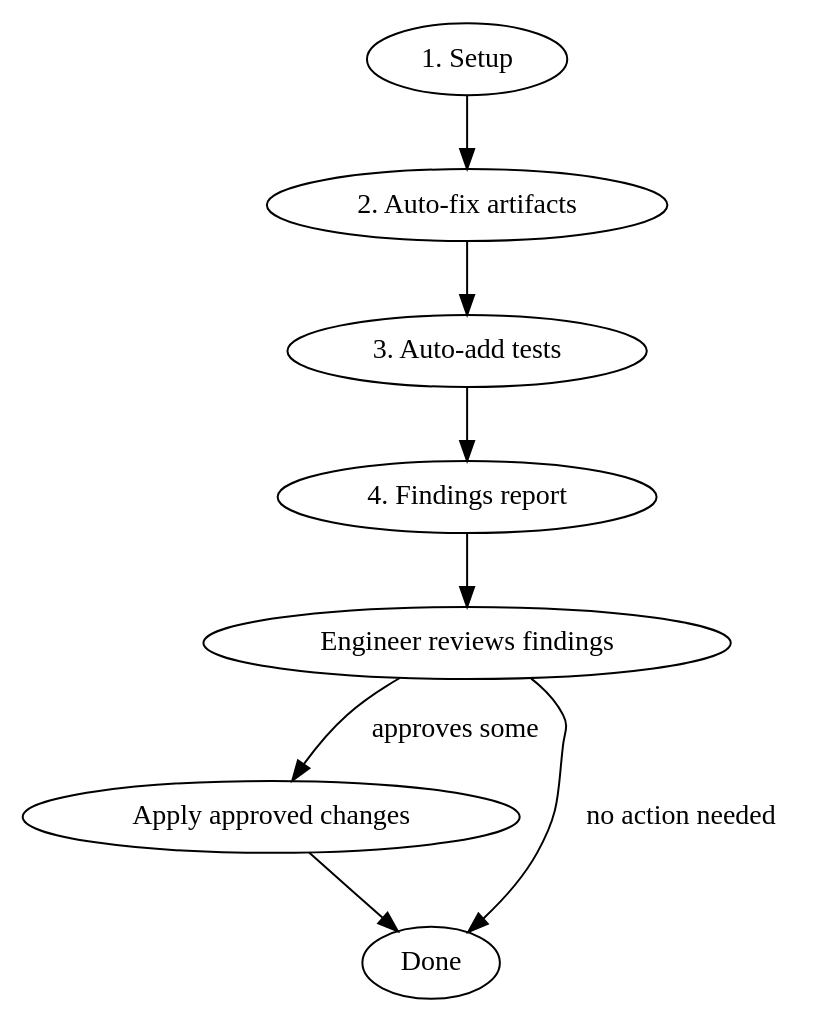
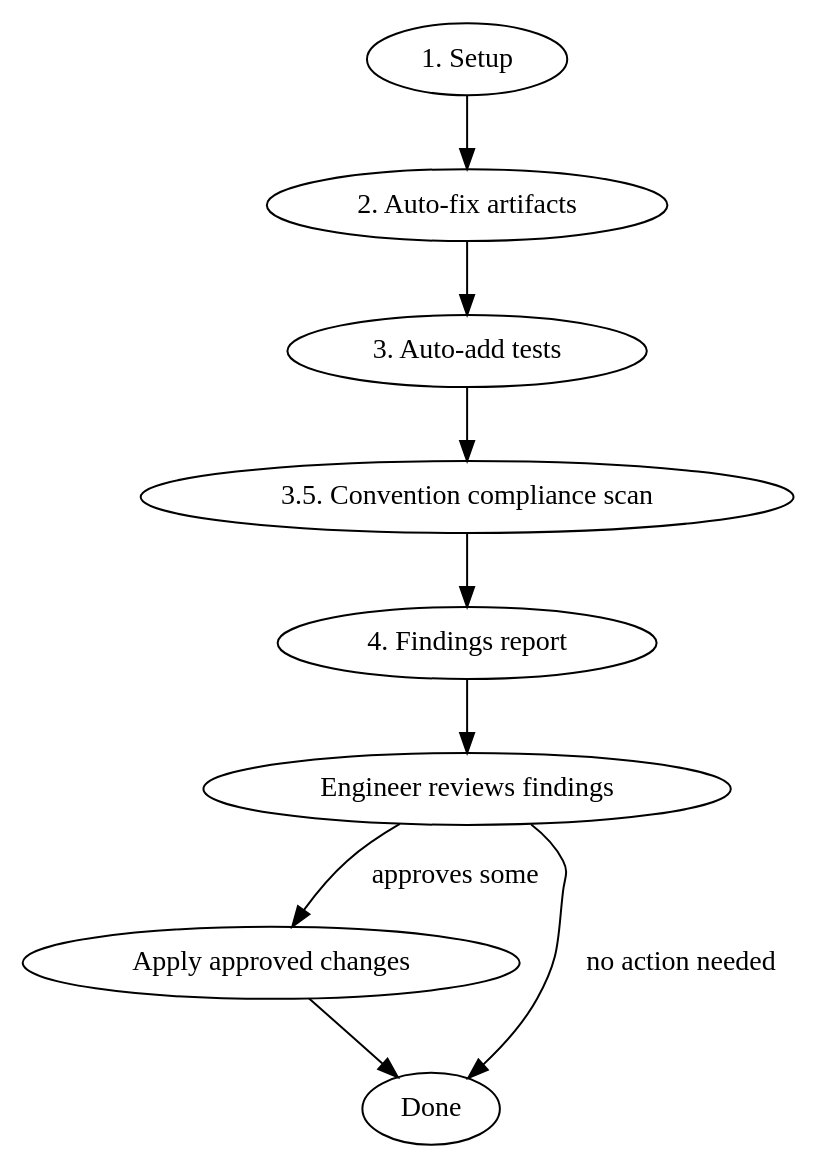
The diagram in nix/module/claude/config/skills/code-hygiene/SKILL.md (entorenee/dotfiles), drawn with Graphviz before and after one commit. The commit also changed other lines of this file and 1 other file, not shown here.

````diff
--- a/nix/module/claude/config/skills/code-hygiene/SKILL.md
+++ b/nix/module/claude/config/skills/code-hygiene/SKILL.md
@@ -48,12 +48,13 @@
 ```dot
 digraph code_hygiene {
   rankdir=TB;
   "1. Setup" -> "2. Auto-fix artifacts";
   "2. Auto-fix artifacts" -> "3. Auto-add tests";
-  "3. Auto-add tests" -> "4. Findings report";
+  "3. Auto-add tests" -> "3.5. Convention compliance scan";
+  "3.5. Convention compliance scan" -> "4. Findings report";
   "4. Findings report" -> "Engineer reviews findings";
   "Engineer reviews findings" -> "Apply approved changes" [label="approves some"];
   "Engineer reviews findings" -> "Done" [label="no action needed"];
   "Apply approved changes" -> "Done";
 }
 ```
````
